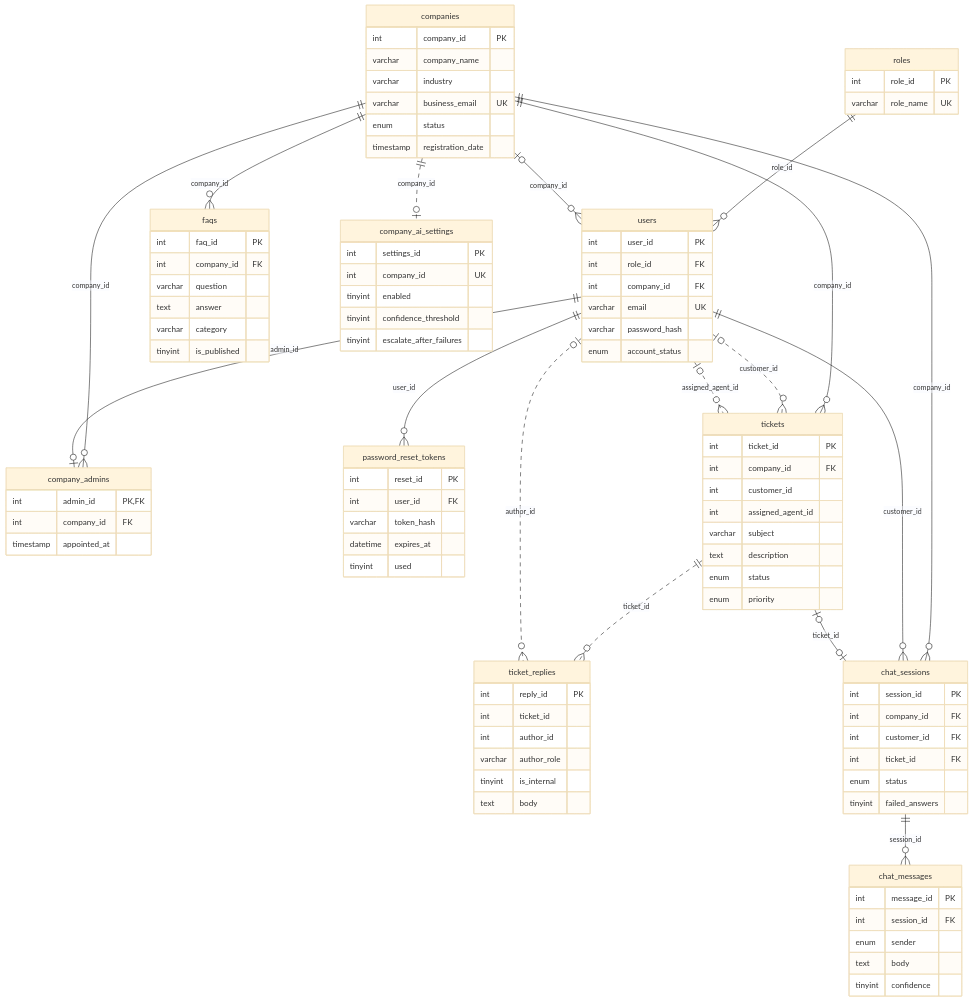
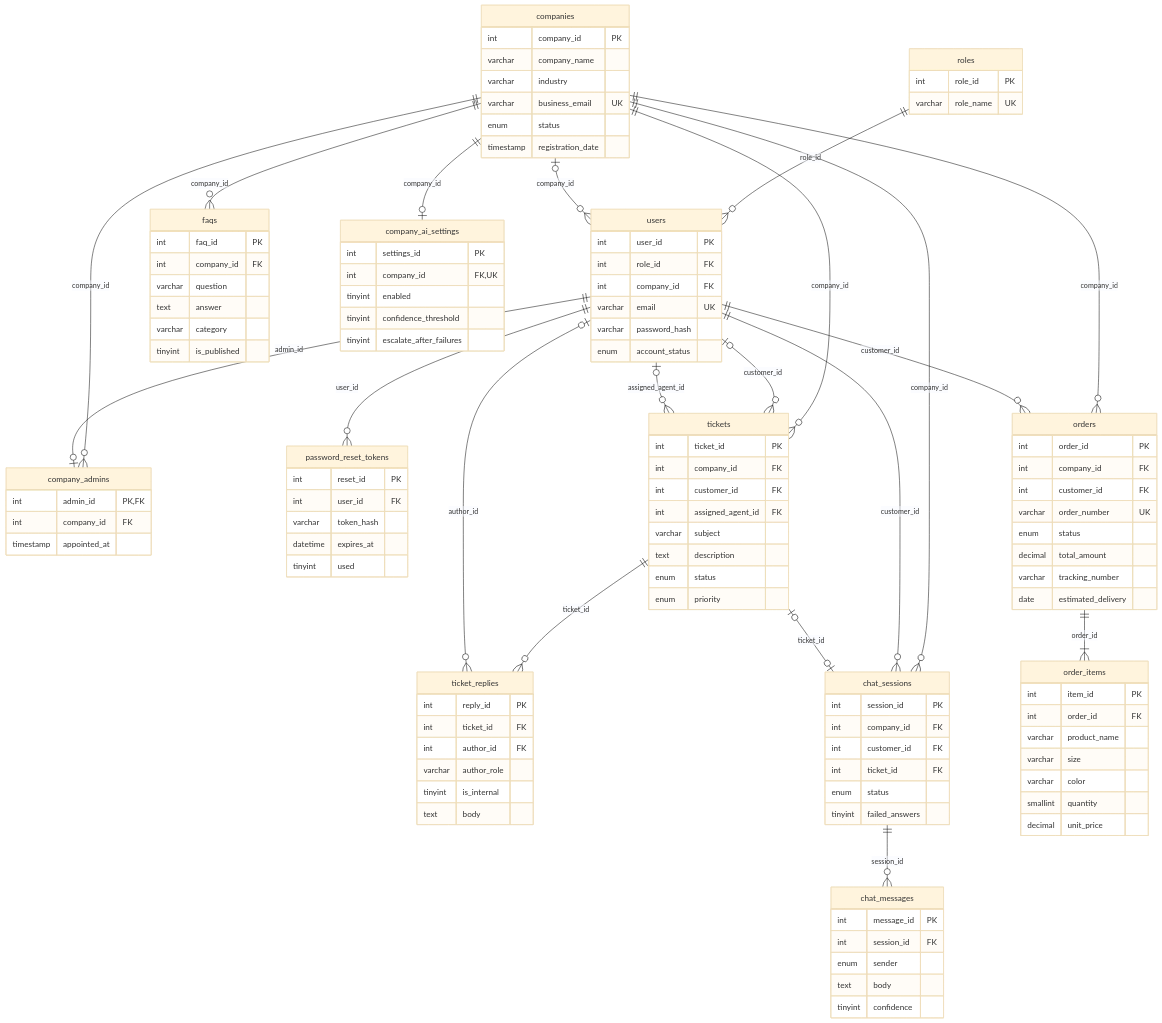
The third of 3 diagrams in README.md (skr2rathishan-oss/Ai-powered-Customer-Support-Platform), drawn with Mermaid (base theme) before and after one commit. The commit also changed other lines of this file and 27 other files, not shown here.

````diff
--- a/README.md
+++ b/README.md
@@ -115,16 +263,19 @@
     users ||--o| company_admins : "admin_id"
     users ||--o{ password_reset_tokens : "user_id"
     companies ||--o{ tickets : "company_id"
-    users |o..o{ tickets : "customer_id"
-    users |o..o{ tickets : "assigned_agent_id"
-    tickets ||..o{ ticket_replies : "ticket_id"
-    users |o..o{ ticket_replies : "author_id"
+    users |o--o{ tickets : "customer_id"
+    users |o--o{ tickets : "assigned_agent_id"
+    tickets ||--o{ ticket_replies : "ticket_id"
+    users |o--o{ ticket_replies : "author_id"
     companies ||--o{ faqs : "company_id"
-    companies ||..o| company_ai_settings : "company_id"
+    companies ||--o| company_ai_settings : "company_id"
     companies ||--o{ chat_sessions : "company_id"
     users ||--o{ chat_sessions : "customer_id"
     tickets |o--o| chat_sessions : "ticket_id"
     chat_sessions ||--o{ chat_messages : "session_id"
+    companies ||--o{ orders : "company_id"
+    users ||--o{ orders : "customer_id"
+    orders ||--|{ order_items : "order_id"
 
     roles {
         int role_id PK
@@ -161,8 +312,8 @@
     tickets {
         int ticket_id PK
         int company_id FK
-        int customer_id
-        int assigned_agent_id
+        int customer_id FK
+        int assigned_agent_id FK
         varchar subject
         text description
         enum status
@@ -170,8 +321,8 @@
     }
     ticket_replies {
         int reply_id PK
-        int ticket_id
-        int author_id
+        int ticket_id FK
+        int author_id FK
         varchar author_role
         tinyint is_internal
         text body
@@ -186,7 +337,7 @@
     }
     company_ai_settings {
         int settings_id PK
-        int company_id UK
+        int company_id FK,UK
         tinyint enabled
         tinyint confidence_threshold
         tinyint escalate_after_failures
@@ -206,4 +357,23 @@
         text body
         tinyint confidence
     }
+    orders {
+        int order_id PK
+        int company_id FK
+        int customer_id FK
+        varchar order_number UK
+        enum status
+        decimal total_amount
+        varchar tracking_number
+        date estimated_delivery
+    }
+    order_items {
+        int item_id PK
+        int order_id FK
+        varchar product_name
+        varchar size
+        varchar color
+        smallint quantity
+        decimal unit_price
+    }
 ```
````
